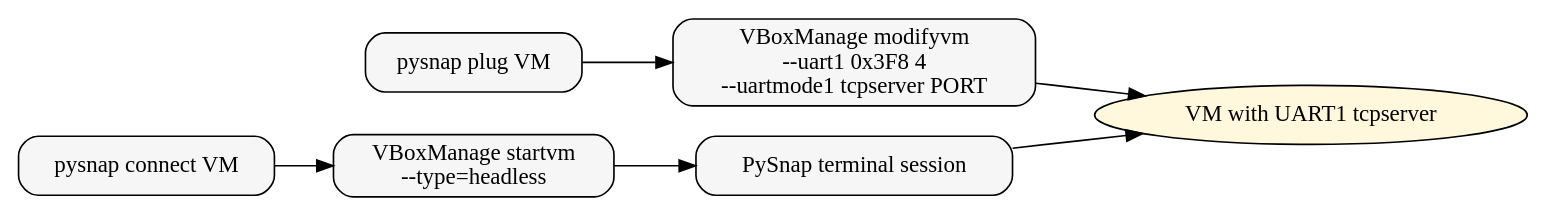
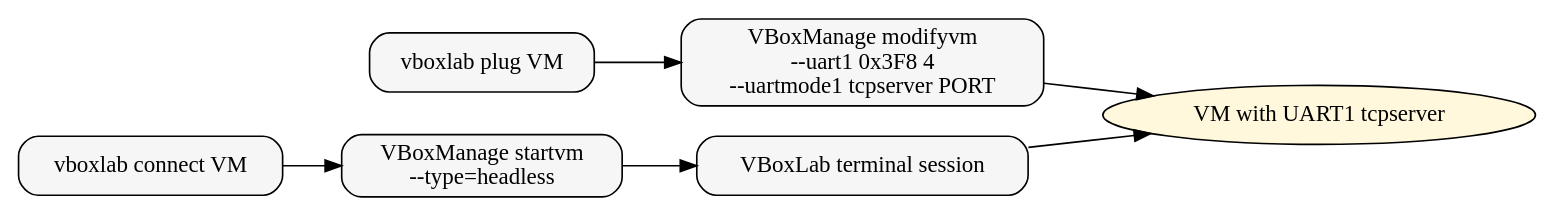
Before and after one commit to UsamG1t/NeuroPysnap: the diagram in docs/usage.rst, drawn with Graphviz. The commit also changed other lines of this file and 55 other files, not shown here.

First line of the commit message:
rename: VBoxLab and vboxlab in all texts

```diff
--- a/docs/usage.rst
+++ b/docs/usage.rst
@@ -229,17 +229,17 @@
    .. graphviz::
       :caption: Plug-and-connect workflow for an existing VM.
 
       digraph plug_connect_workflow {
           rankdir=LR;
           node [shape=box, style="rounded,filled", fillcolor="#f6f6f6"];
 
-          plug [label="pysnap plug VM"];
+          plug [label="vboxlab plug VM"];
           modifyvm [label="VBoxManage modifyvm\n--uart1 0x3F8 4\n--uartmode1 tcpserver PORT"];
           vm [label="VM with UART1 tcpserver", shape=ellipse, fillcolor="#fff8dc"];
-          connect [label="pysnap connect VM"];
+          connect [label="vboxlab connect VM"];
           headless [label="VBoxManage startvm\n--type=headless"];
-          terminal [label="PySnap terminal session"];
+          terminal [label="VBoxLab terminal session"];
 
           plug -> modifyvm -> vm;
           connect -> headless -> terminal -> vm;
       }
```
